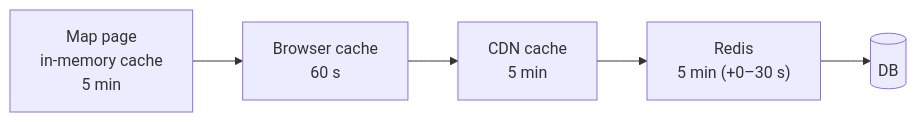
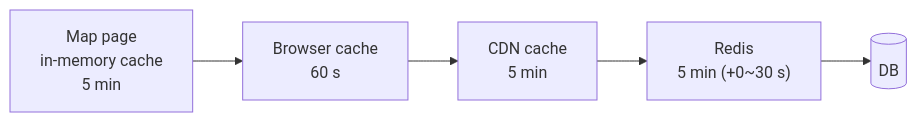
One commit to 12OneTwo12/12OneTwo12.github.io changed the first of 2 diagrams in content/blog/backend/performance/making-map-queries-cacheable-with-tiles.en.md. Above: the diagram before and after it, drawn with Mermaid. The commit also changed other lines of this file, not shown here.

````diff
--- a/content/blog/backend/performance/making-map-queries-cacheable-with-tiles.en.md
+++ b/content/blog/backend/performance/making-map-queries-cacheable-with-tiles.en.md
@@ -126,7 +152,7 @@
 ```mermaid
 flowchart LR
     A["Map page<br/>in-memory cache<br/>5 min"] --> B["Browser cache<br/>60 s"]
     B --> C["CDN cache<br/>5 min"]
-    C --> D["Redis<br/>5 min (+0–30 s)"]
+    C --> D["Redis<br/>5 min (+0~30 s)"]
     D --> E[("DB")]
 ```
````
